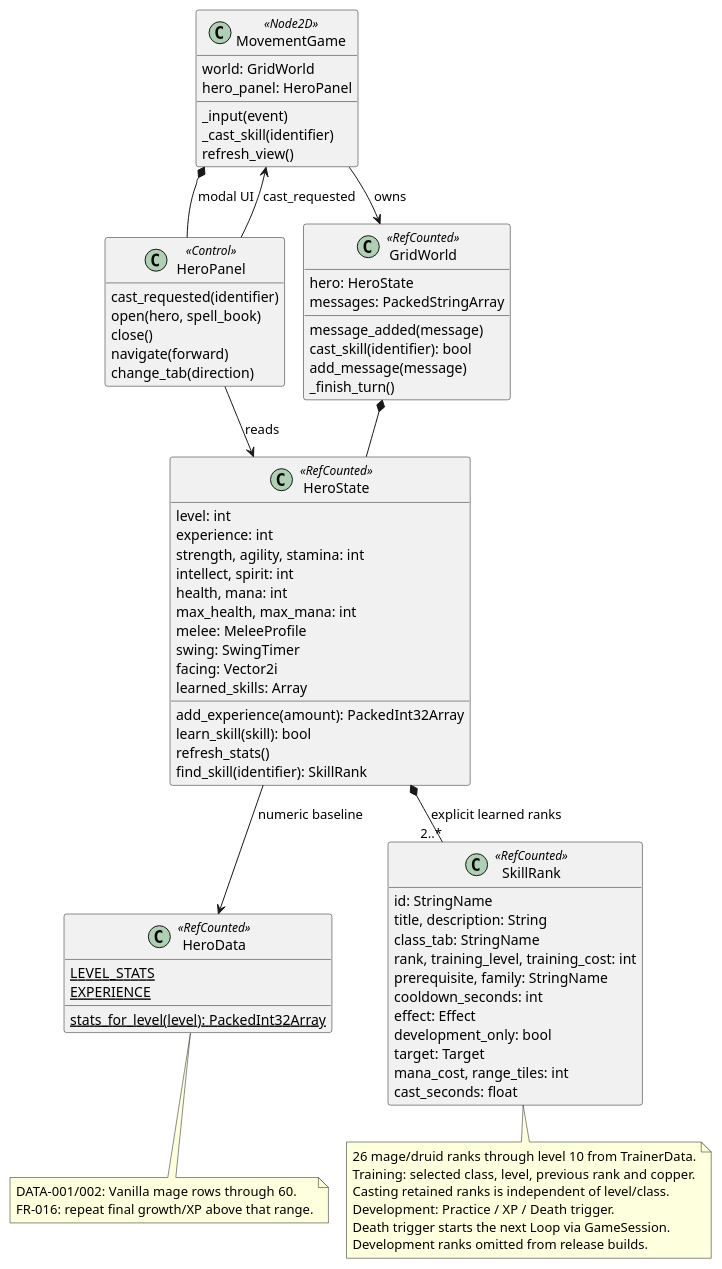
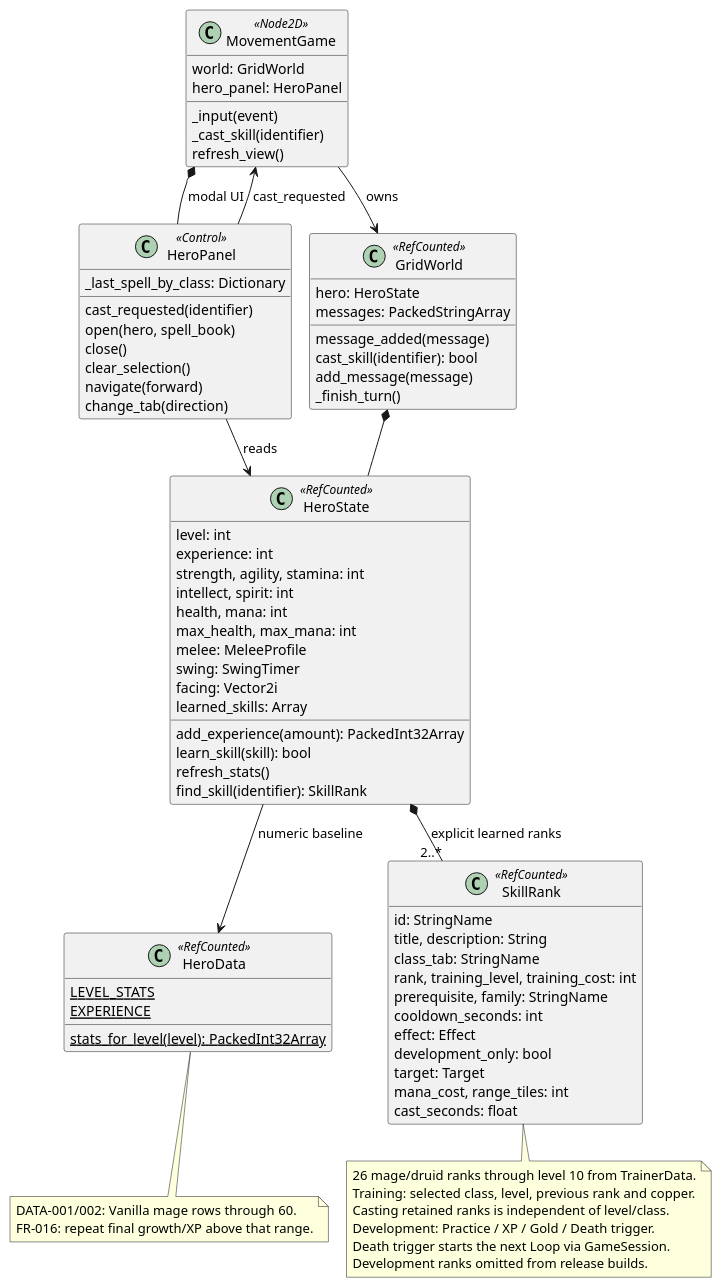
One commit to VHonzik/Ostinato changed the diagram in docs/architecture/classes/hero.puml. Above: the diagram before and after it, drawn with PlantUML. The commit also changed 12 other files, not shown here.

```diff
--- a/docs/architecture/classes/hero.puml
+++ b/docs/architecture/classes/hero.puml
@@ -1,83 +1,85 @@
 @startuml
 !pragma layout smetana
 skinparam shadowing false
 skinparam classAttributeIconSize 0
 hide empty members
 
 class MovementGame <<Node2D>> {
   world: GridWorld
   hero_panel: HeroPanel
   _input(event)
   _cast_skill(identifier)
   refresh_view()
 }
 class HeroPanel <<Control>> {
   cast_requested(identifier)
+  _last_spell_by_class: Dictionary
   open(hero, spell_book)
   close()
+  clear_selection()
   navigate(forward)
   change_tab(direction)
 }
 class GridWorld <<RefCounted>> {
   hero: HeroState
   messages: PackedStringArray
   message_added(message)
   cast_skill(identifier): bool
   add_message(message)
   _finish_turn()
 }
 class HeroState <<RefCounted>> {
   level: int
   experience: int
   strength, agility, stamina: int
   intellect, spirit: int
   health, mana: int
   max_health, max_mana: int
   melee: MeleeProfile
   swing: SwingTimer
   facing: Vector2i
   learned_skills: Array
   add_experience(amount): PackedInt32Array
   learn_skill(skill): bool
   refresh_stats()
   find_skill(identifier): SkillRank
 }
 class HeroData <<RefCounted>> {
   {static} LEVEL_STATS
   {static} EXPERIENCE
   {static} stats_for_level(level): PackedInt32Array
 }
 class SkillRank <<RefCounted>> {
   id: StringName
   title, description: String
   class_tab: StringName
   rank, training_level, training_cost: int
   prerequisite, family: StringName
   cooldown_seconds: int
   effect: Effect
   development_only: bool
   target: Target
   mana_cost, range_tiles: int
   cast_seconds: float
 }
 MovementGame --> GridWorld : owns
 MovementGame *-- HeroPanel : modal UI
 HeroPanel --> HeroState : reads
 HeroPanel --> MovementGame : cast_requested
 GridWorld *-- HeroState
 HeroState --> HeroData : numeric baseline
 HeroState *-- "2..*" SkillRank : explicit learned ranks
 
 note bottom of HeroData
 DATA-001/002: Vanilla mage rows through 60.
 FR-016: repeat final growth/XP above that range.
 end note
 note bottom of SkillRank
 26 mage/druid ranks through level 10 from TrainerData.
 Training: selected class, level, previous rank and copper.
 Casting retained ranks is independent of level/class.
-Development: Practice / XP / Death trigger.
+Development: Practice / XP / Gold / Death trigger.
 Death trigger starts the next Loop via GameSession.
 Development ranks omitted from release builds.
 end note
 @enduml
```
